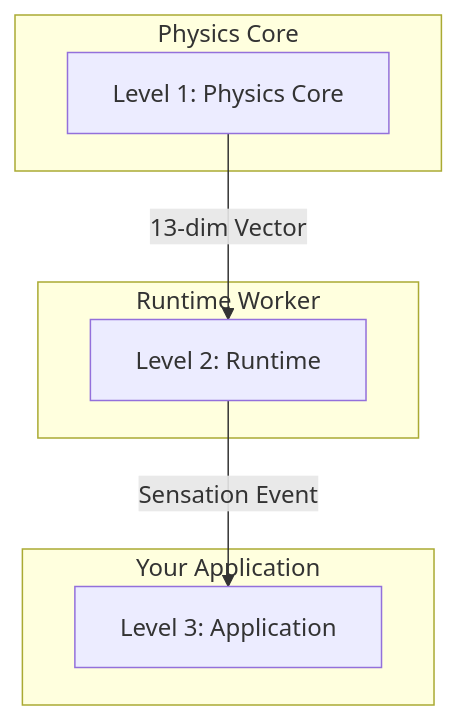
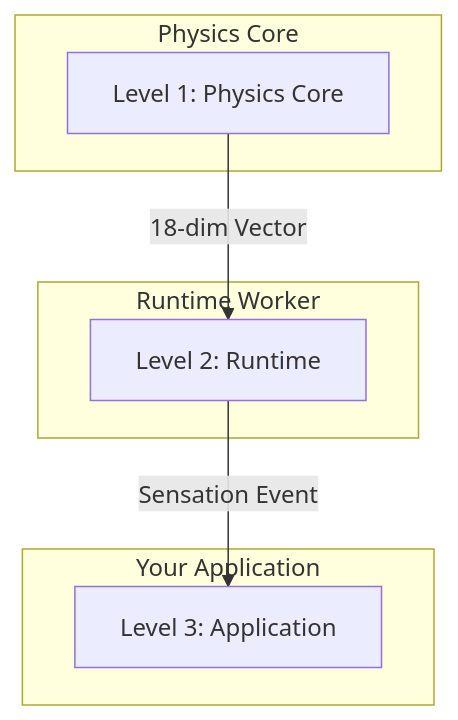
Before and after one commit to TheLazyEyedJedi/Shunollo: the diagram in THE_SHUNOLLO_CODEX.md, drawn with Mermaid. The commit also changed 3 other files, not shown here.

````diff
--- a/THE_SHUNOLLO_CODEX.md
+++ b/THE_SHUNOLLO_CODEX.md
@@ -9,17 +9,17 @@
 ```mermaid
 graph TD
-    A[Level 1: Physics Core] -->|13-dim Vector| B[Level 2: Runtime]
+    A[Level 1: Physics Core] -->|18-dim Vector| B[Level 2: Runtime]
     B -->|Sensation Event| C[Level 3: Application]
     
     subgraph Physics Core
     A
     end
     
     subgraph Runtime Worker
     B
     end
     
     subgraph Your Application
     C
     end
 ```
````
